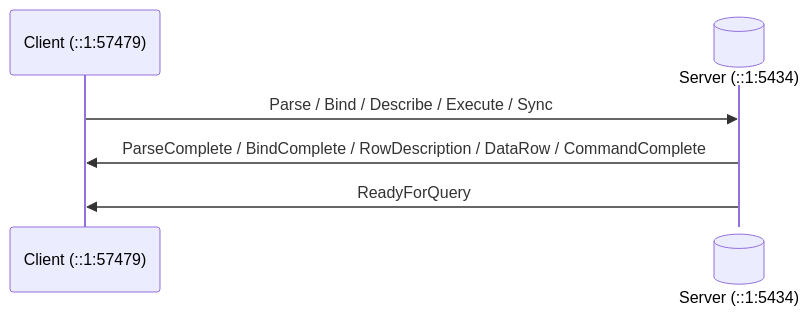
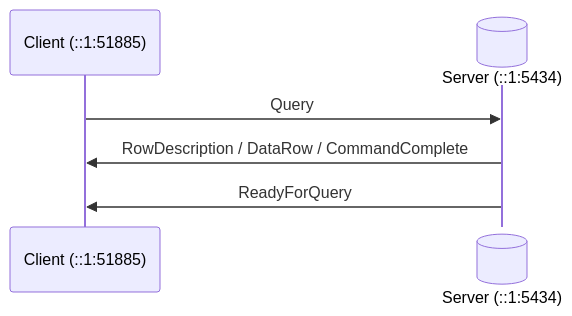
Before and after one commit to xfischer/pg_protoexport: the diagram in docs/examples/exports/pagila-01-simple-query-single-statement/capture.mermaid.seq.md, drawn with Mermaid. The commit also changed 135 other files, not shown here.

````diff
--- a/docs/examples/exports/pagila-01-simple-query-single-statement/capture.mermaid.seq.md
+++ b/docs/examples/exports/pagila-01-simple-query-single-statement/capture.mermaid.seq.md
@@ -2,8 +2,8 @@
 ```mermaid
 sequenceDiagram
-    participant C as Client (::1:57479)
+    participant C as Client (::1:51885)
     participant S@{ "type" : "database" } as Server (::1:5434)
-    C->>S: Parse / Bind / Describe / Execute / Sync
-    S->>C: ParseComplete / BindComplete / RowDescription / DataRow / CommandComplete
+    C->>S: Query
+    S->>C: RowDescription / DataRow / CommandComplete
     S->>C: ReadyForQuery
 ```
````
